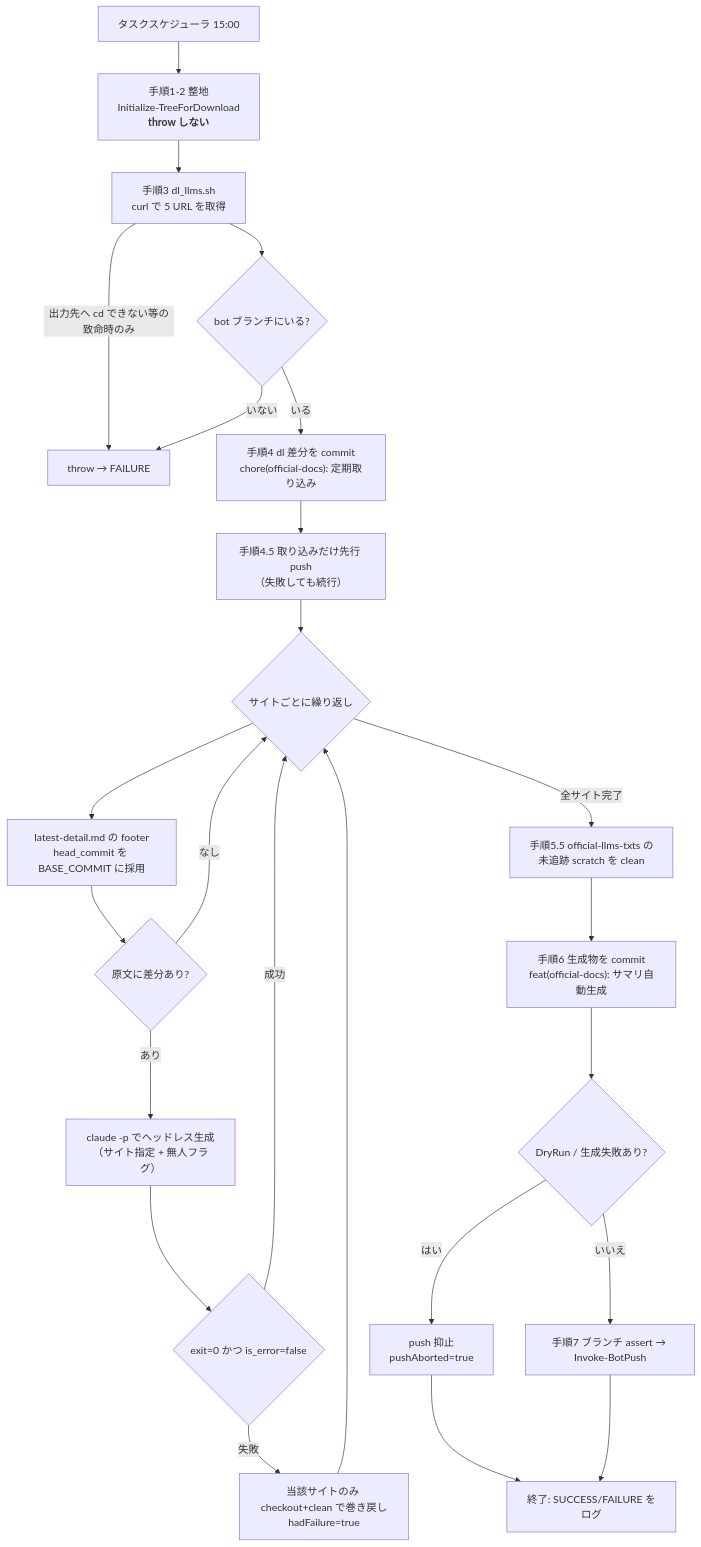
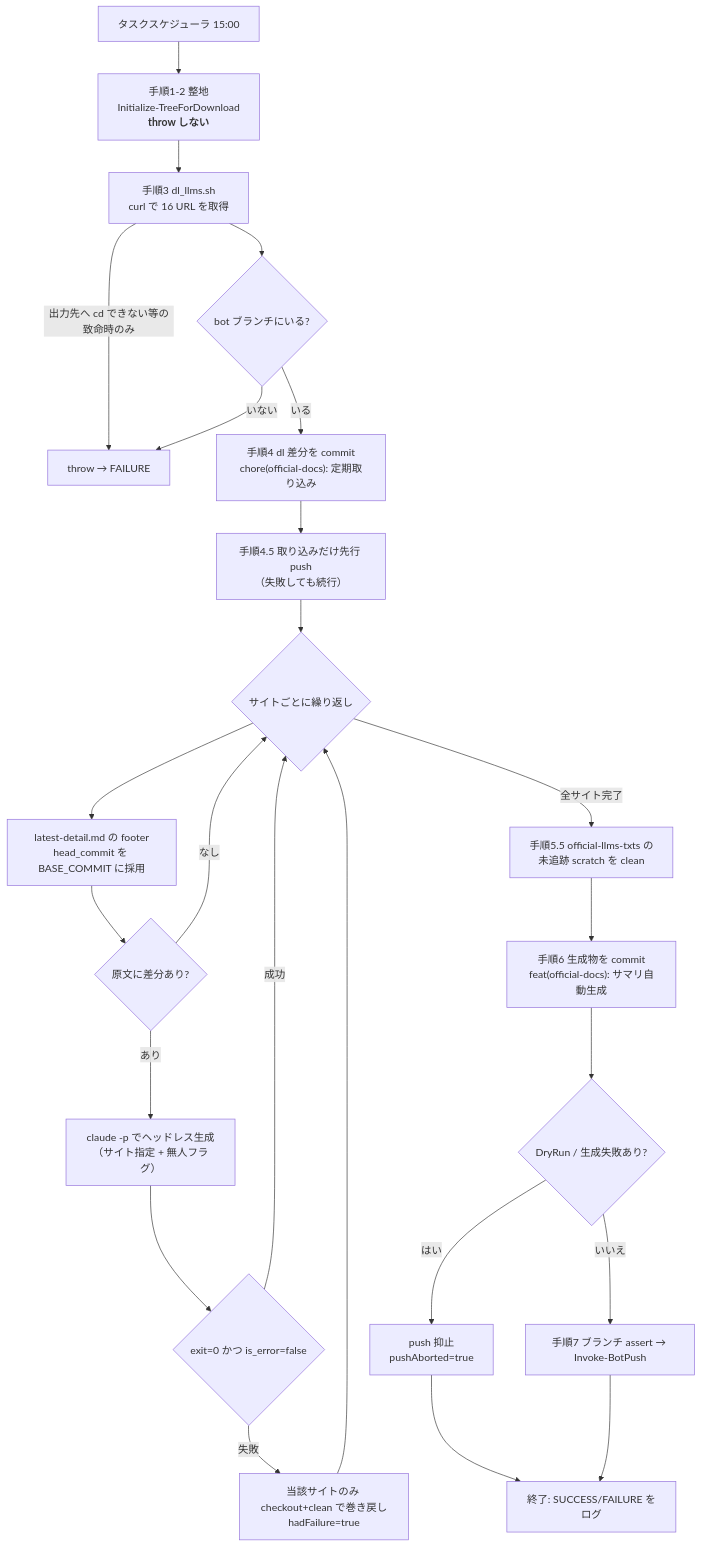
One commit to empty-can/LLMs changed the first of 3 diagrams in .claude/docs/design/doc-summary-bot.md. Above: the diagram before and after it, drawn with Mermaid. The commit also changed other lines of this file and 8 other files, not shown here.

````diff
--- a/.claude/docs/design/doc-summary-bot.md
+++ b/.claude/docs/design/doc-summary-bot.md
@@ -35,26 +35,26 @@
 ```mermaid
 flowchart TD
     A["タスクスケジューラ 15:00"] --> B["手順1-2 整地<br/>Initialize-TreeForDownload<br/><b>throw しない</b>"]
-    B --> D["手順3 dl_llms.sh<br/>curl で 5 URL を取得"]
+    B --> D["手順3 dl_llms.sh<br/>curl で 16 URL を取得"]
     D -->|"出力先へ cd できない等の致命時のみ"| X1["throw → FAILURE"]
     D --> D2{"bot ブランチにいる?"}
     D2 -->|"いない"| X1
     D2 -->|"いる"| E["手順4 dl 差分を commit<br/>chore(official-docs): 定期取り込み"]
     E --> E2["手順4.5 取り込みだけ先行 push<br/>（失敗しても続行）"]
     E2 --> F{"サイトごとに繰り返し"}
     F --> G["latest-detail.md の footer<br/>head_commit を BASE_COMMIT に採用"]
     G --> H{"原文に差分あり?"}
     H -->|"なし"| F
     H -->|"あり"| I["claude -p でヘッドレス生成<br/>（サイト指定 + 無人フラグ）"]
     I --> J{"exit=0 かつ is_error=false"}
     J -->|"失敗"| K["当該サイトのみ checkout+clean で巻き戻し<br/>hadFailure=true"]
     J -->|"成功"| F
     K --> F
     F -->|"全サイト完了"| L["手順5.5 official-llms-txts の<br/>未追跡 scratch を clean"]
     L --> M["手順6 生成物を commit<br/>feat(official-docs): サマリ自動生成"]
     M --> N{"DryRun / 生成失敗あり?"}
     N -->|"はい"| O["push 抑止<br/>pushAborted=true"]
     N -->|"いいえ"| P["手順7 ブランチ assert → Invoke-BotPush"]
     O --> Z["終了: SUCCESS/FAILURE をログ"]
     P --> Z
 ```
````
